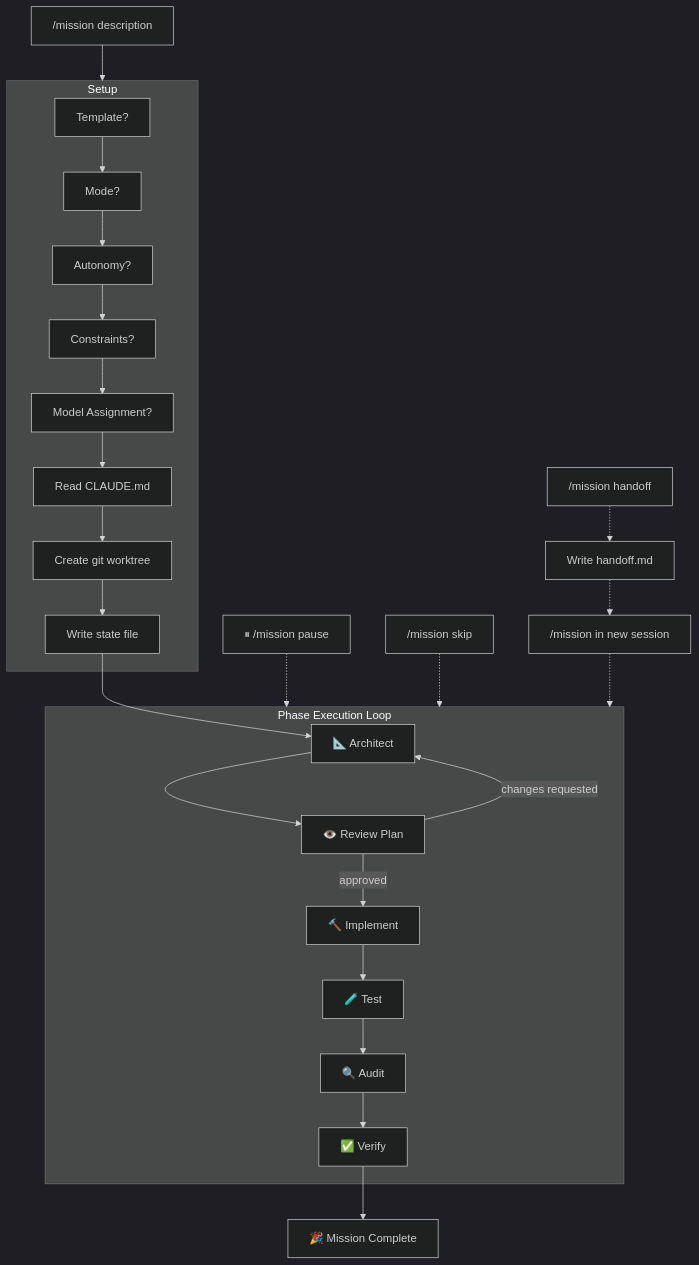
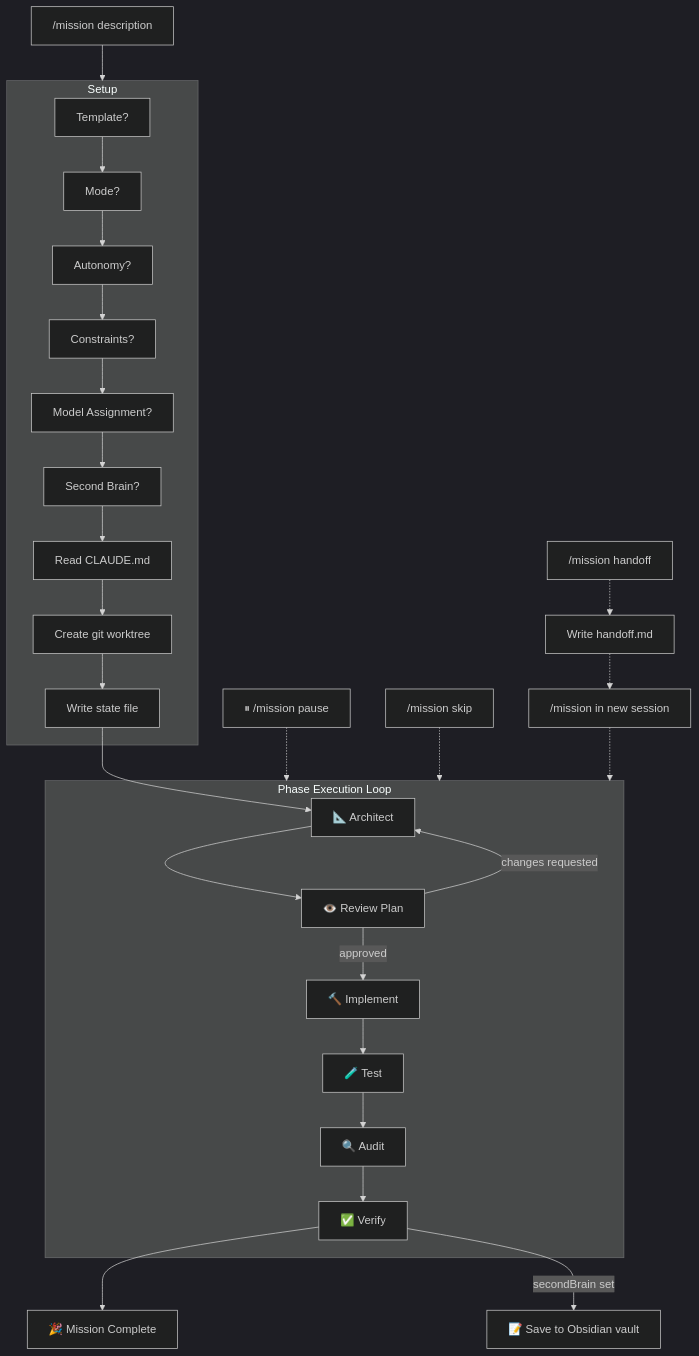
One commit to itisbryan/claude-missions changed the first of 5 diagrams in README.md. Above: the diagram before and after it, drawn with Mermaid (dark theme). The commit also changed other lines of this file and 1 other file, not shown here.

Commit message:
feat: enhance obsidian lookup with index

````diff
--- a/README.md
+++ b/README.md
@@ -134,33 +247,35 @@
 ```mermaid
 flowchart TD
     Start["/mission description"] --> Setup
 
     subgraph Setup["Setup"]
         Q1[Template?] --> Q2[Mode?]
         Q2 --> Q3[Autonomy?]
         Q3 --> Q4[Constraints?]
         Q4 --> Q5[Model Assignment?]
-        Q5 --> ReadClaude[Read CLAUDE.md]
+        Q5 --> Q6[Second Brain?]
+        Q6 --> ReadClaude[Read CLAUDE.md]
         ReadClaude --> Worktree[Create git worktree]
         Worktree --> State[Write state file]
     end
 
     State --> Phase1
 
     subgraph Phases["Phase Execution Loop"]
         Phase1["📐 Architect"] --> Phase2["👁️ Review Plan"]
         Phase2 -->|approved| Phase3["🔨 Implement"]
         Phase3 --> Phase4["🧪 Test"]
         Phase4 --> Phase5["🔍 Audit"]
         Phase5 --> Phase6["✅ Verify"]
     end
 
     Phase2 -->|changes requested| Phase1
     Phase6 --> Done["🎉 Mission Complete"]
+    Phase6 -->|secondBrain set| Vault["📝 Save to Obsidian vault"]
 
     Pause["⏸ /mission pause"] -.-> Phases
     Skip["/mission skip"] -.-> Phases
     Handoff["/mission handoff"] -.-> HandoffDoc["Write handoff.md"]
     HandoffDoc -.-> NewSession["/mission in new session"]
     NewSession -.-> Phases
 ```
````
